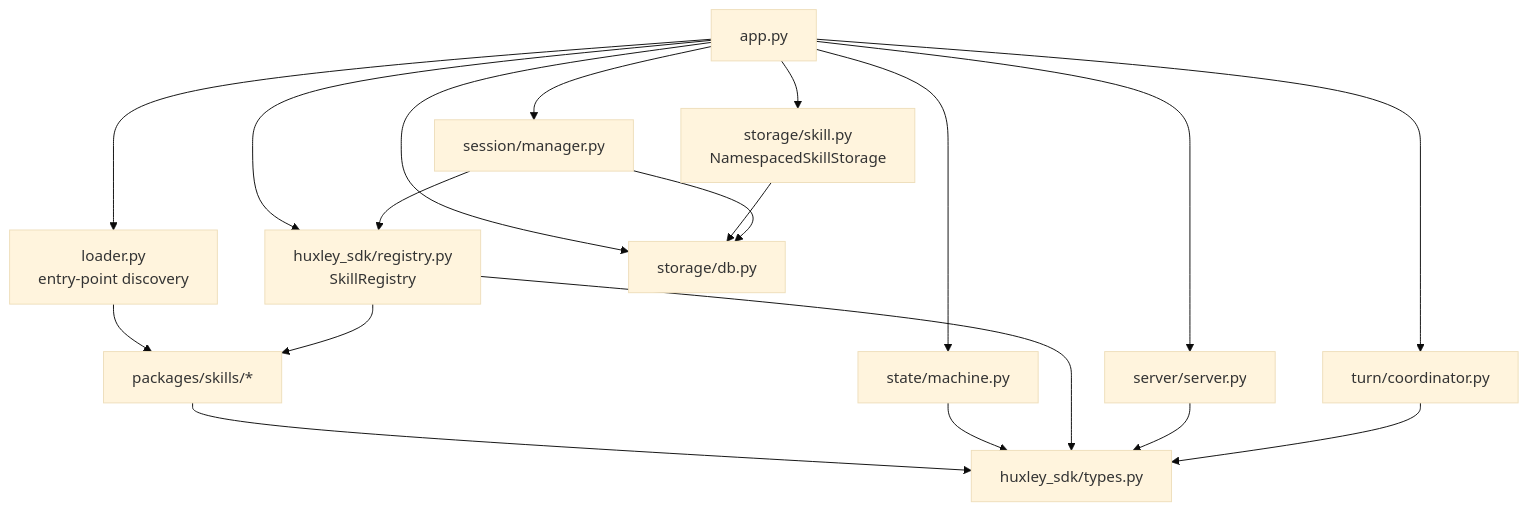
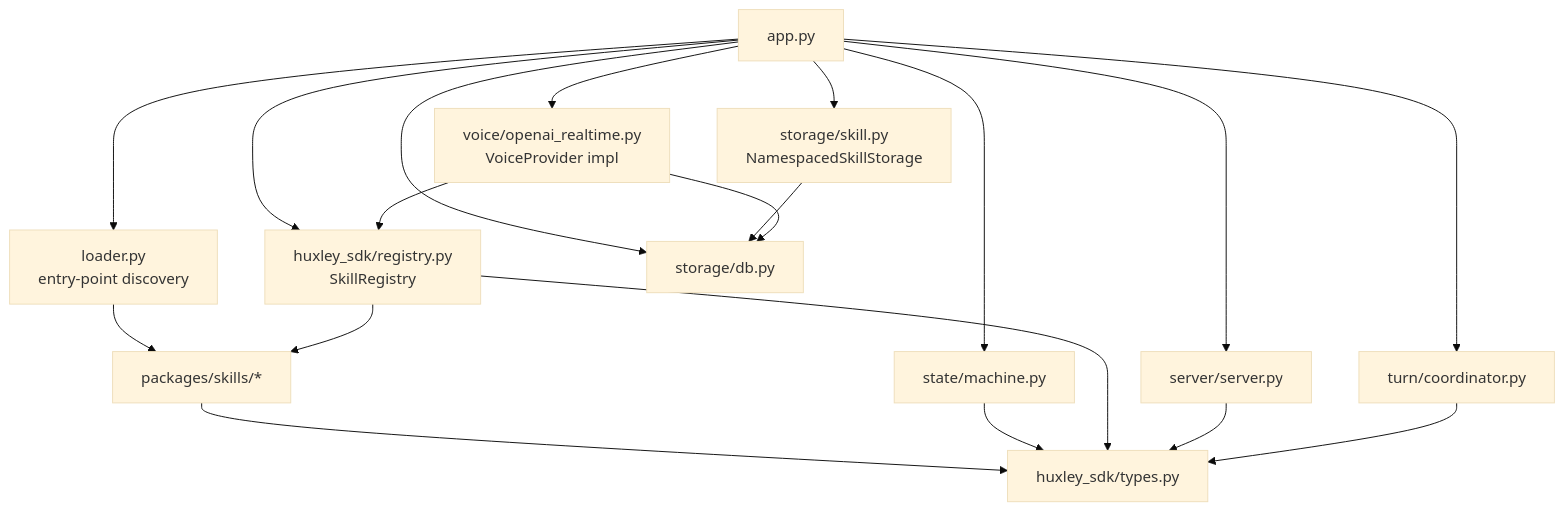
Before and after one commit to ma-r-s/Huxley: the fifth of 5 diagrams in docs/architecture.md, drawn with Mermaid (base theme). The commit also changed other lines of this file and 13 other files, not shown here.

First line of the commit message:
refactor(voice): extract VoiceProvider — milestone A

````diff
--- a/docs/architecture.md
+++ b/docs/architecture.md
@@ -181,33 +181,33 @@
 ```mermaid
 flowchart TD
     App[app.py]
     Server[server/server.py]
-    Session[session/manager.py]
+    Session[voice/openai_realtime.py<br/>VoiceProvider impl]
     Coord[turn/coordinator.py]
     Loader[loader.py<br/>entry-point discovery]
     Registry[huxley_sdk/registry.py<br/>SkillRegistry]
     Skills[packages/skills/*]
     State[state/machine.py]
     Storage[storage/db.py]
     NSStorage[storage/skill.py<br/>NamespacedSkillStorage]
     Types[huxley_sdk/types.py]
 
     App --> Server
     App --> Session
     App --> Coord
     App --> Loader
     App --> Registry
     App --> State
     App --> Storage
     App --> NSStorage
     Loader --> Skills
     Registry --> Skills
     NSStorage --> Storage
     Skills --> Types
     Session --> Registry
     Session --> Storage
     State --> Types
     Registry --> Types
     Server --> Types
     Coord --> Types
 ```
````
